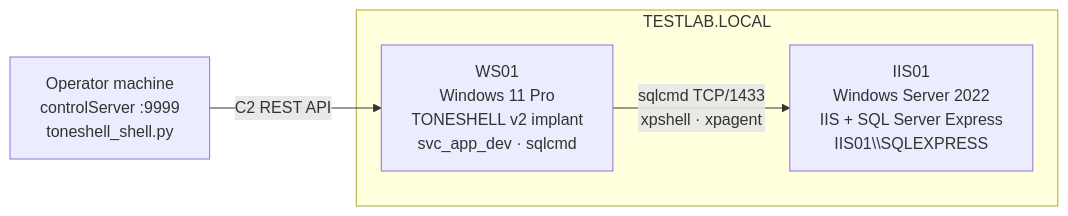
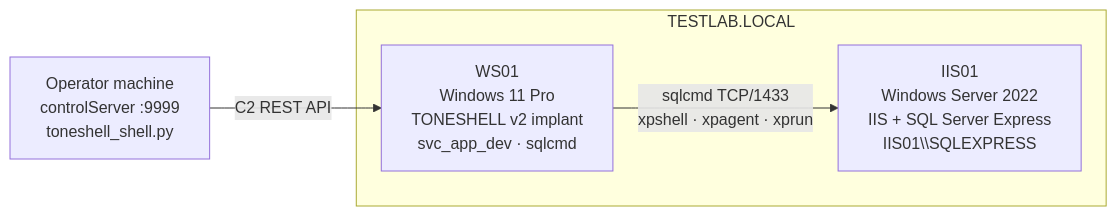
Before and after one commit to uetsymphonique/rce-and-c2: the diagram in mustang-panda-emulation/controlShell/README.md, drawn with Mermaid. The commit also changed other lines of this file and 2 other files, not shown here.

````diff
--- a/mustang-panda-emulation/controlShell/README.md
+++ b/mustang-panda-emulation/controlShell/README.md
@@ -27,11 +29,11 @@
 ```mermaid
 graph LR
     subgraph domain["TESTLAB.LOCAL"]
         WS01["WS01<br/>Windows 11 Pro<br/>TONESHELL v2 implant<br/>svc_app_dev · sqlcmd"]
         IIS01["IIS01<br/>Windows Server 2022<br/>IIS + SQL Server Express<br/>IIS01\\SQLEXPRESS"]
-        WS01 -->|"sqlcmd TCP/1433<br/>xpshell · xpagent"| IIS01
+        WS01 -->|"sqlcmd TCP/1433<br/>xpshell · xpagent · xprun"| IIS01
     end
 
     OP["Operator machine<br/>controlServer :9999<br/>toneshell_shell.py"]
     OP -->|"C2 REST API"| WS01
 ```
````
